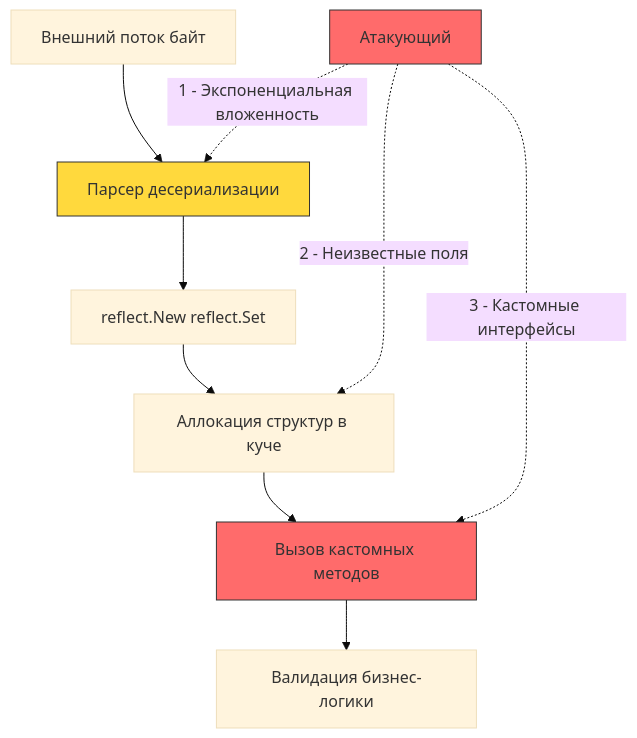
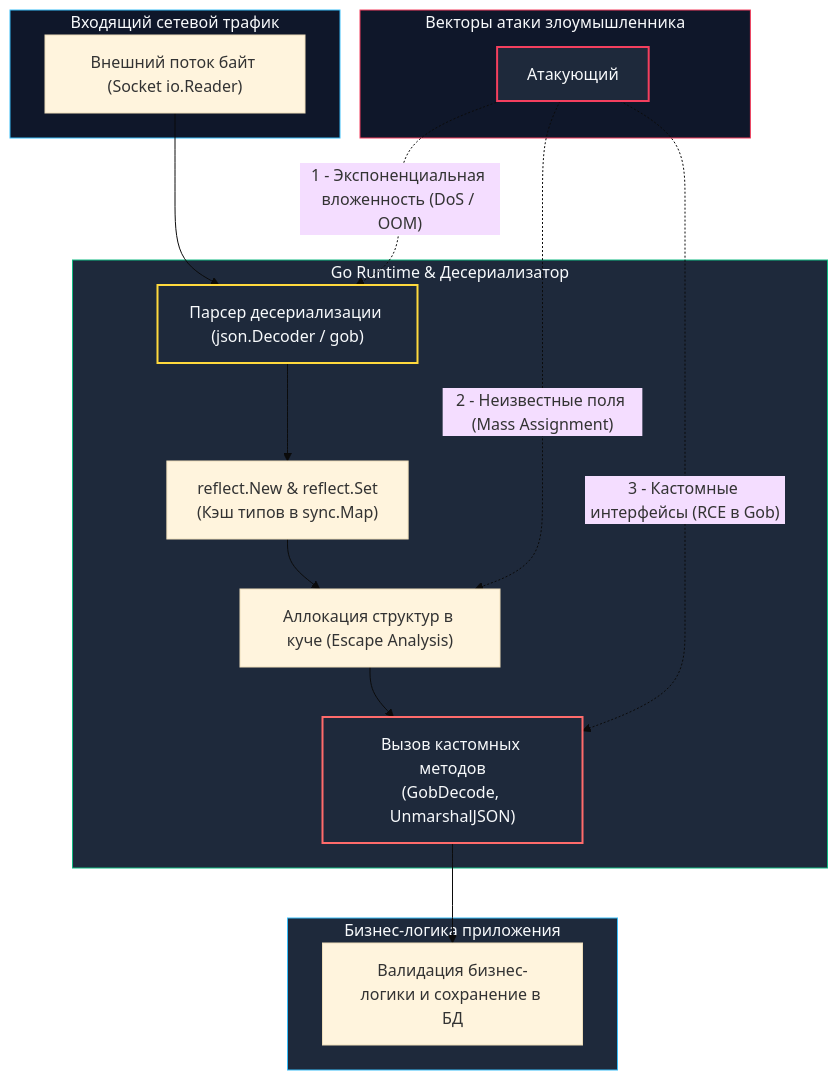
Before and after one commit to UnrealTemplier/go-textbook: the diagram in sources/17. Безопасность (AppSec в Go)/04. Уязвимости/6. Deserialization уязвимости.md, drawn with Mermaid (base theme). The commit also changed other lines of this file, not shown here.

````diff
--- a/sources/17. Безопасность (AppSec в Go)/04. Уязвимости/6. Deserialization уязвимости.md
+++ b/sources/17. Безопасность (AppSec в Go)/04. Уязвимости/6. Deserialization уязвимости.md
@@ -5,16 +14,39 @@
 ```mermaid
 flowchart TD
-    A["Внешний поток байт"] --> B["Парсер десериализации"]
-    B --> C["reflect.New reflect.Set"]
-    C --> D["Аллокация структур в куче"]
-    D --> E["Вызов кастомных методов"]
-    E --> F["Валидация бизнес-логики"]
-    
-    G["Атакующий"] -.->|"1 - Экспоненциальная вложенность"| B
-    G -.->|"2 - Неизвестные поля"| D
-    G -.->|"3 - Кастомные интерфейсы"| E
-    
-    style B fill:#ffd93d,stroke:#333
-    style E fill:#ff6b6b,stroke:#333
-    style G fill:#ff6b6b,stroke:#333
+    subgraph Stream["Входящий сетевой трафик"]
+        A["Внешний поток байт (Socket io.Reader)"]
+    end
+
+    subgraph Runtime["Go Runtime & Десериализатор"]
+        B["Парсер десериализации (json.Decoder / gob)"]
+        C["reflect.New & reflect.Set<br/>(Кэш типов в sync.Map)"]
+        D["Аллокация структур в куче (Escape Analysis)"]
+        E["Вызов кастомных методов<br/>(GobDecode, UnmarshalJSON)"]
+    end
+
+    subgraph AppLogic["Бизнес-логика приложения"]
+        F["Валидация бизнес-логики и сохранение в БД"]
+    end
+
+    subgraph Attacker["Векторы атаки злоумышленника"]
+        G["Атакующий"]
+    end
+
+    A --> B
+    B --> C
+    C --> D
+    D --> E
+    E --> F
+
+    G -.->|"1 - Экспоненциальная вложенность (DoS / OOM)"| B
+    G -.->|"2 - Неизвестные поля (Mass Assignment)"| D
+    G -.->|"3 - Кастомные интерфейсы (RCE в Gob)"| E
+
+    style Stream fill:#0f172a,stroke:#38bdf8,stroke-width:1px,color:#f8fafc
+    style Runtime fill:#1e293b,stroke:#10b981,stroke-width:1px,color:#f8fafc
+    style AppLogic fill:#1e293b,stroke:#38bdf8,stroke-width:1px,color:#f8fafc
+    style Attacker fill:#0f172a,stroke:#f43f5e,stroke-width:1px,color:#f8fafc
+    style B fill:#1e293b,stroke:#ffd93d,stroke-width:2px,color:#f8fafc
+    style E fill:#1e293b,stroke:#ff6b6b,stroke-width:2px,color:#f8fafc
+    style G fill:#1e293b,stroke:#f43f5e,stroke-width:2px,color:#f8fafc
 ```
````
